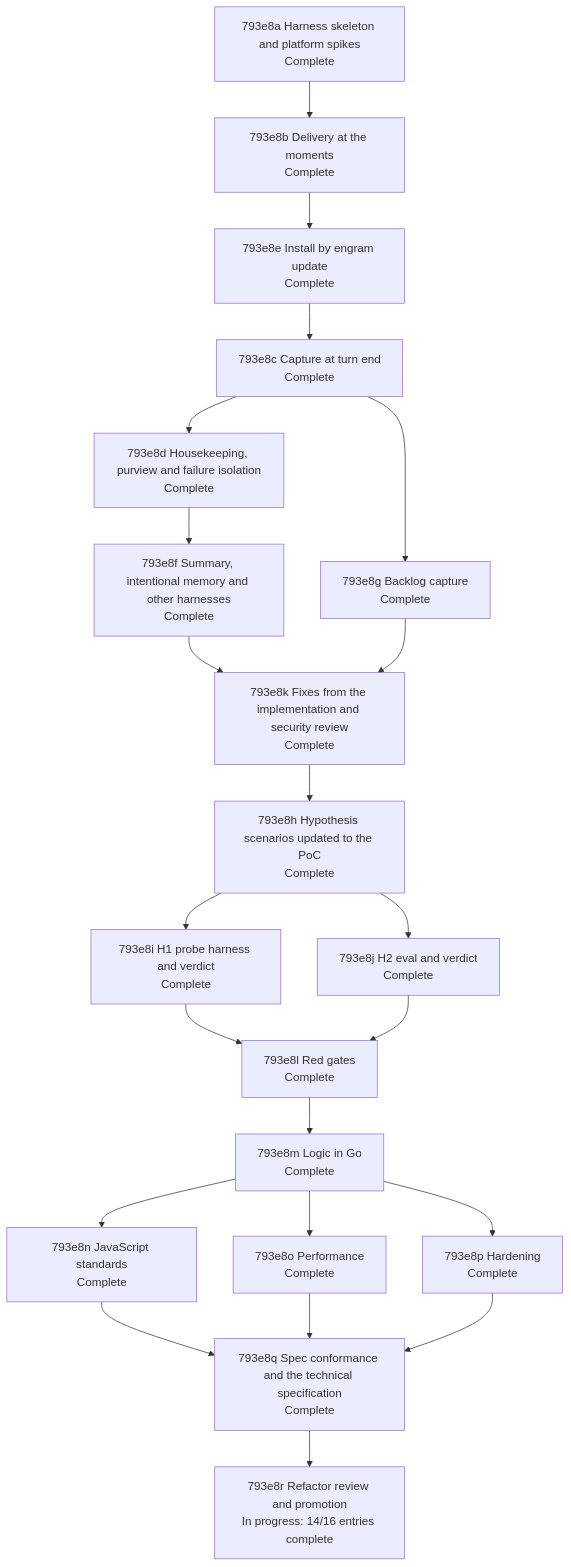
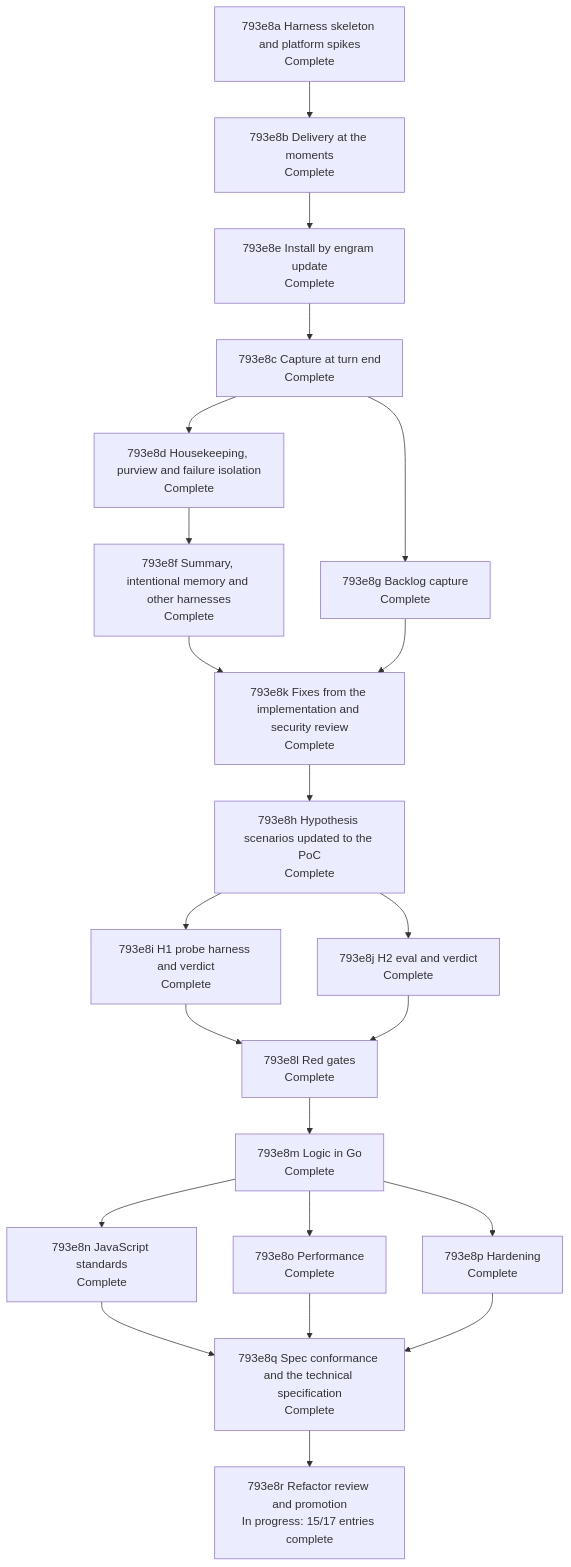
Before and after one commit to toejough/engram: the diagram in docs/changes/793_parallel-memory-agent/793e_implementation-plan.md, drawn with Mermaid. The commit also changed other lines of this file and 30 other files, not shown here.

````diff
--- a/docs/changes/793_parallel-memory-agent/793e_implementation-plan.md
+++ b/docs/changes/793_parallel-memory-agent/793e_implementation-plan.md
@@ -227,40 +228,40 @@
 ```mermaid
 flowchart TD
   n793e8a["793e8a Harness skeleton and platform spikes<br/>Complete"]
   n793e8b["793e8b Delivery at the moments<br/>Complete"]
   n793e8e["793e8e Install by engram update<br/>Complete"]
   n793e8c["793e8c Capture at turn end<br/>Complete"]
   n793e8d["793e8d Housekeeping, purview and failure isolation<br/>Complete"]
   n793e8g["793e8g Backlog capture<br/>Complete"]
   n793e8f["793e8f Summary, intentional memory and other harnesses<br/>Complete"]
   n793e8k["793e8k Fixes from the implementation and security review<br/>Complete"]
   n793e8h["793e8h Hypothesis scenarios updated to the PoC<br/>Complete"]
   n793e8i["793e8i H1 probe harness and verdict<br/>Complete"]
   n793e8j["793e8j H2 eval and verdict<br/>Complete"]
   n793e8l["793e8l Red gates<br/>Complete"]
   n793e8m["793e8m Logic in Go<br/>Complete"]
   n793e8n["793e8n JavaScript standards<br/>Complete"]
   n793e8o["793e8o Performance<br/>Complete"]
   n793e8p["793e8p Hardening<br/>Complete"]
   n793e8q["793e8q Spec conformance and the technical specification<br/>Complete"]
-  n793e8r["793e8r Refactor review and promotion<br/>In progress: 14/16 entries complete"]
+  n793e8r["793e8r Refactor review and promotion<br/>In progress: 15/17 entries complete"]
   n793e8a --> n793e8b --> n793e8e --> n793e8c
   n793e8c --> n793e8d
   n793e8c --> n793e8g
   n793e8d --> n793e8f
   n793e8f --> n793e8k
   n793e8g --> n793e8k
   n793e8k --> n793e8h
   n793e8h --> n793e8i
   n793e8h --> n793e8j
   n793e8i --> n793e8l
   n793e8j --> n793e8l
   n793e8l --> n793e8m
   n793e8m --> n793e8n
   n793e8m --> n793e8o
   n793e8m --> n793e8p
   n793e8n --> n793e8q
   n793e8o --> n793e8q
   n793e8p --> n793e8q
   n793e8q --> n793e8r
 ```
````
